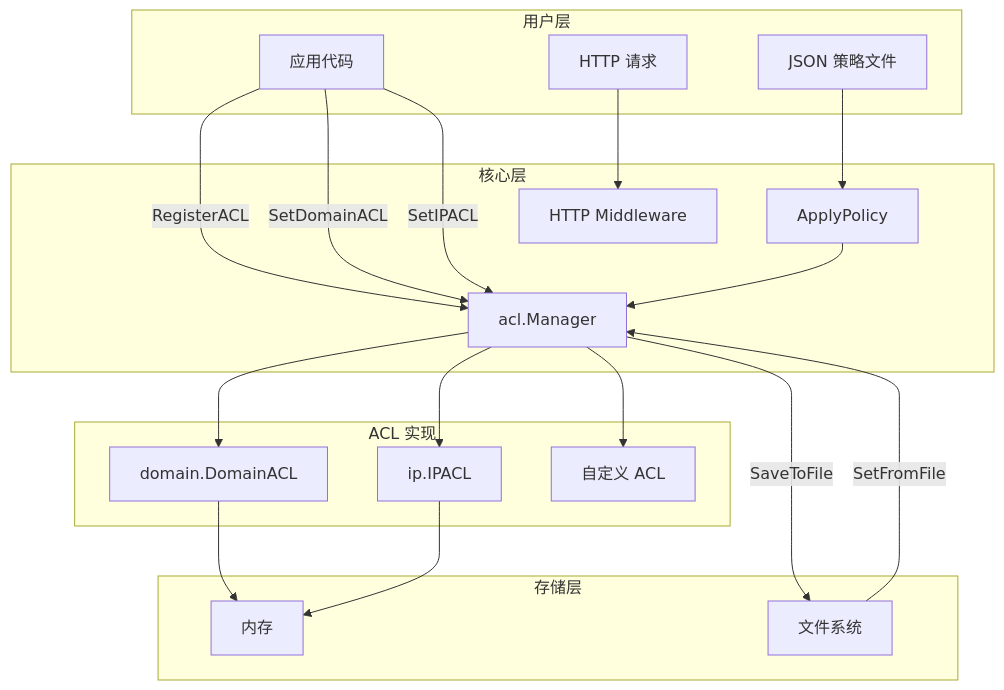
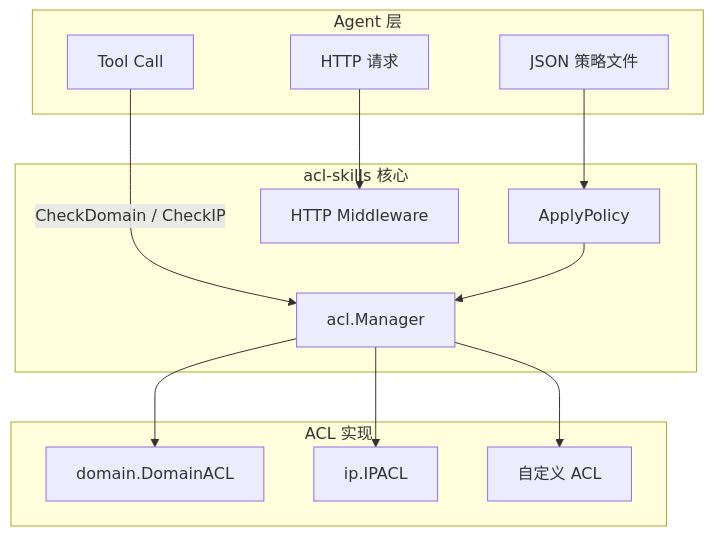
One commit to cyberspacesec/go-acl changed the diagram in website/docs/intro.md. Above: the diagram before and after it, drawn with Mermaid. The commit also changed other lines of this file, not shown here.

Commit message:
docs(website): rewrite intro page for AI agent use case

````diff
--- a/website/docs/intro.md
+++ b/website/docs/intro.md
@@ -46,38 +47,27 @@
 ```mermaid
 flowchart TB
-    subgraph 用户层
-        APP[应用代码]
+    subgraph Agent 层
+        TOOL[Tool Call]
         HTTP[HTTP 请求]
         JSON[JSON 策略文件]
     end
 
-    subgraph 核心层
+    subgraph acl-skills 核心
         M[acl.Manager]
         AP[ApplyPolicy]
         MW[HTTP Middleware]
     end
 
     subgraph ACL 实现
         D[domain.DomainACL]
         I[ip.IPACL]
         C[自定义 ACL]
     end
 
-    subgraph 存储层
-        F[文件系统]
-        MEM[内存]
-    end
-
-    APP -->|RegisterACL| M
-    APP -->|SetDomainACL| M
-    APP -->|SetIPACL| M
+    TOOL -->|CheckDomain / CheckIP| M
     HTTP --> MW
     JSON --> AP --> M
     M --> D
     M --> I
     M --> C
-    D --> MEM
-    I --> MEM
-    M -->|SaveToFile| F
-    F -->|SetFromFile| M
 ```
````
